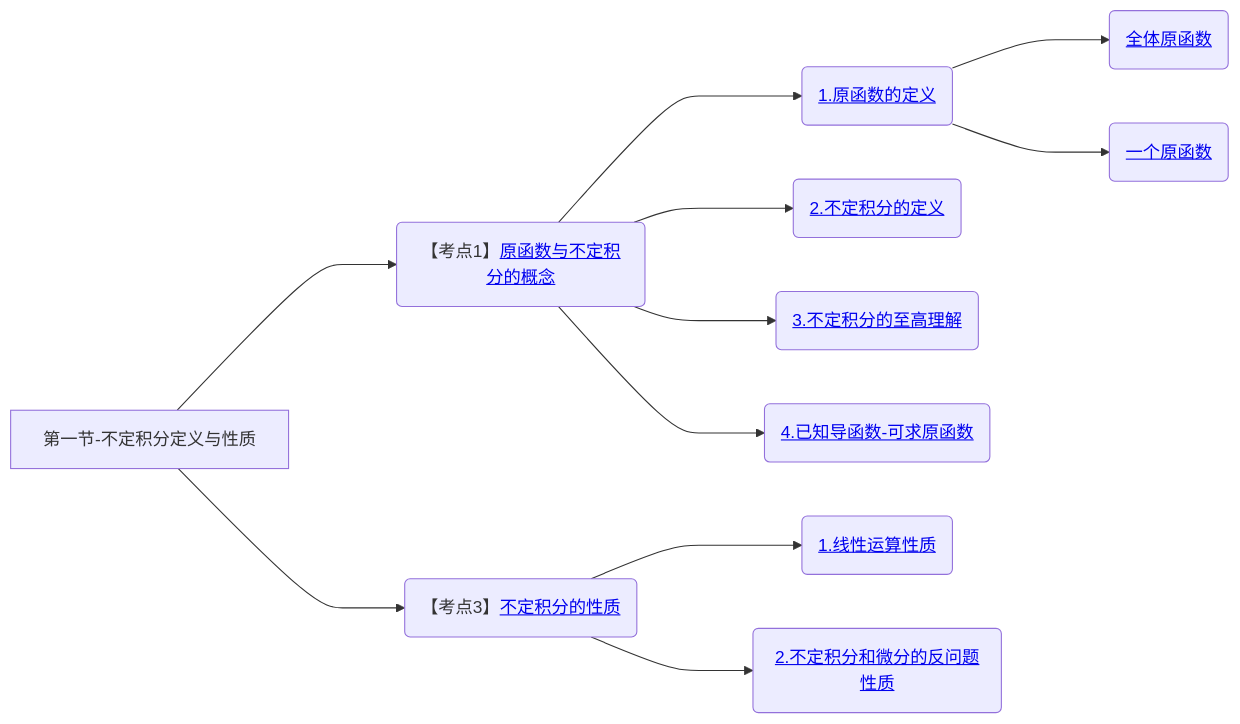
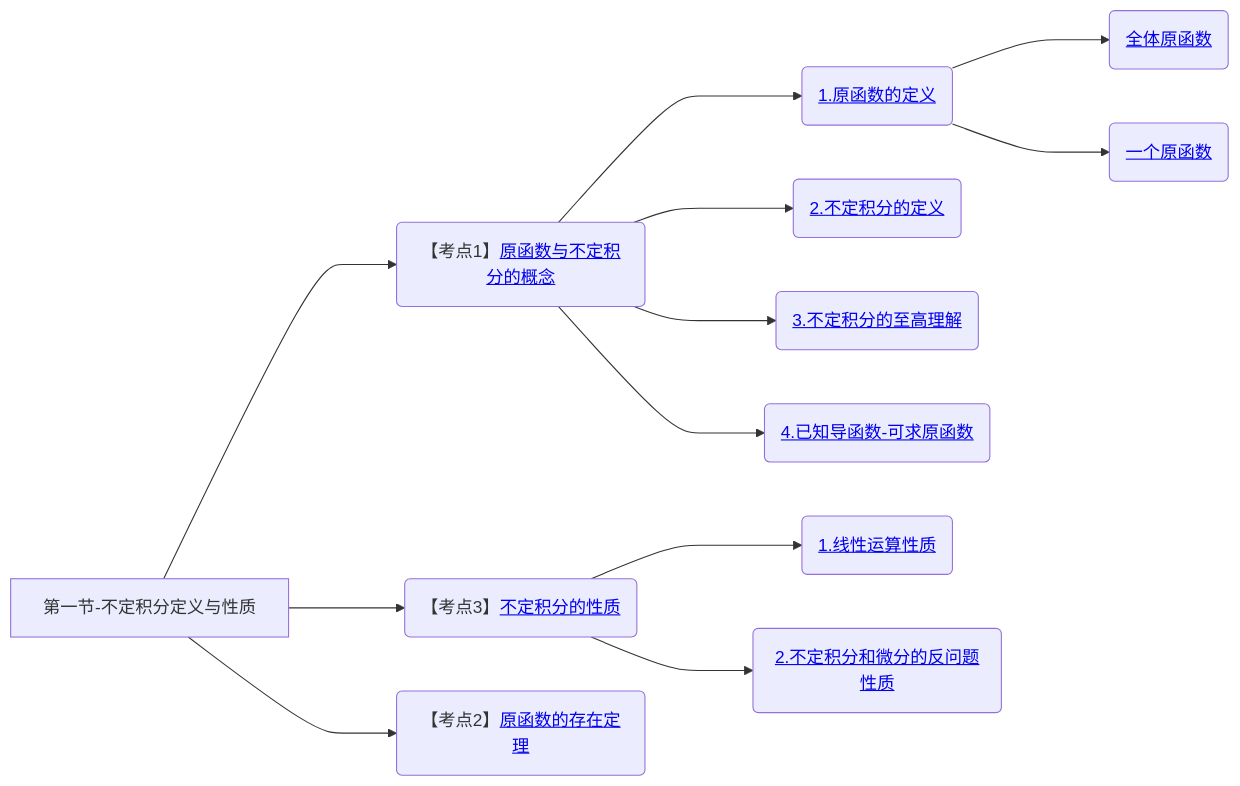
Before and after one commit to yuebinghui/note: diagram 17 of 17 in 笔记/数学/周洋鑫/01.基础班思维导图.md, drawn with Mermaid. The commit also changed 5 other files, not shown here.

````diff
--- a/笔记/数学/周洋鑫/01.基础班思维导图.md
+++ b/笔记/数学/周洋鑫/01.基础班思维导图.md
@@ -597,17 +597,18 @@
 ```mermaid
 graph LR
 第一节-不定积分定义与性质
 
 第一节-不定积分定义与性质--->原函数与不定积分的概念(【考点1】<a href="/Users/yuebinghui/Documents/program/github/note/笔记/数学/周洋鑫/基础班/18.不定积分_1.md#原函数与不定积分的概念">原函数与不定积分的概念</>)
 原函数与不定积分的概念--->1.原函数的定义(<a href="/Users/yuebinghui/Documents/program/github/note/笔记/数学/周洋鑫/基础班/18.不定积分_1.md#1.原函数的定义">1.原函数的定义</>)
 1.原函数的定义--->全体原函数(<a href="/Users/yuebinghui/Documents/program/github/note/笔记/数学/周洋鑫/基础班/18.不定积分_1.md#全体原函数">全体原函数</>)
 1.原函数的定义--->一个原函数(<a href="/Users/yuebinghui/Documents/program/github/note/笔记/数学/周洋鑫/基础班/18.不定积分_1.md#一个原函数">一个原函数</>)
 原函数与不定积分的概念--->2.不定积分的定义(<a href="/Users/yuebinghui/Documents/program/github/note/笔记/数学/周洋鑫/基础班/18.不定积分_1.md#2.不定积分的定义">2.不定积分的定义</>)
 原函数与不定积分的概念--->3.不定积分的至高理解(<a href="/Users/yuebinghui/Documents/program/github/note/笔记/数学/周洋鑫/基础班/18.不定积分_1.md#3.不定积分的至高理解">3.不定积分的至高理解</>)
 原函数与不定积分的概念--->4.已知导函数-可求原函数(<a href="/Users/yuebinghui/Documents/program/github/note/笔记/数学/周洋鑫/基础班/18.不定积分_1.md#4.已知导函数-可求原函数">4.已知导函数-可求原函数</>)
 
 第一节-不定积分定义与性质--->不定积分的性质(【考点3】<a href="/Users/yuebinghui/Documents/program/github/note/笔记/数学/周洋鑫/基础班/18.不定积分_1.md#不定积分的性质">不定积分的性质</>)
 不定积分的性质--->1.线性运算性质(<a href="/Users/yuebinghui/Documents/program/github/note/笔记/数学/周洋鑫/基础班/18.不定积分_1.md#1.线性运算性质">1.线性运算性质</>)
 不定积分的性质--->2.不定积分和微分的反问题性质(<a href="/Users/yuebinghui/Documents/program/github/note/笔记/数学/周洋鑫/基础班/18.不定积分_1.md#2.不定积分和微分的反问题性质">2.不定积分和微分的反问题性质</>)
+第一节-不定积分定义与性质--->原函数的存在定理(【考点2】<a href="/Users/yuebinghui/Documents/program/github/note/笔记/数学/周洋鑫/基础班/18.不定积分_1.md#原函数的存在定理">原函数的存在定理</>)
 
 ```
````
